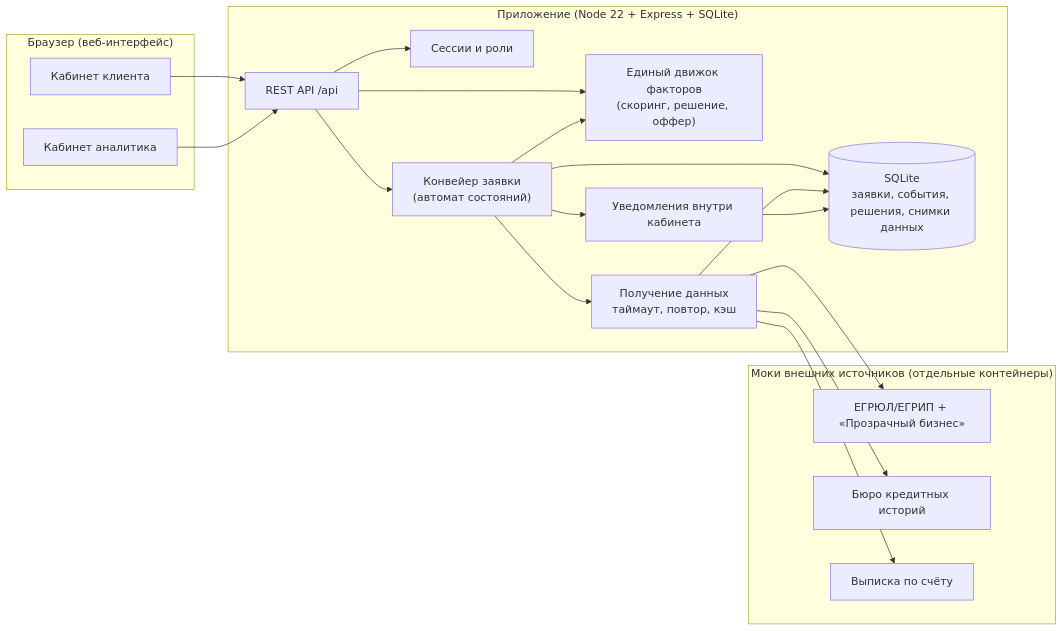
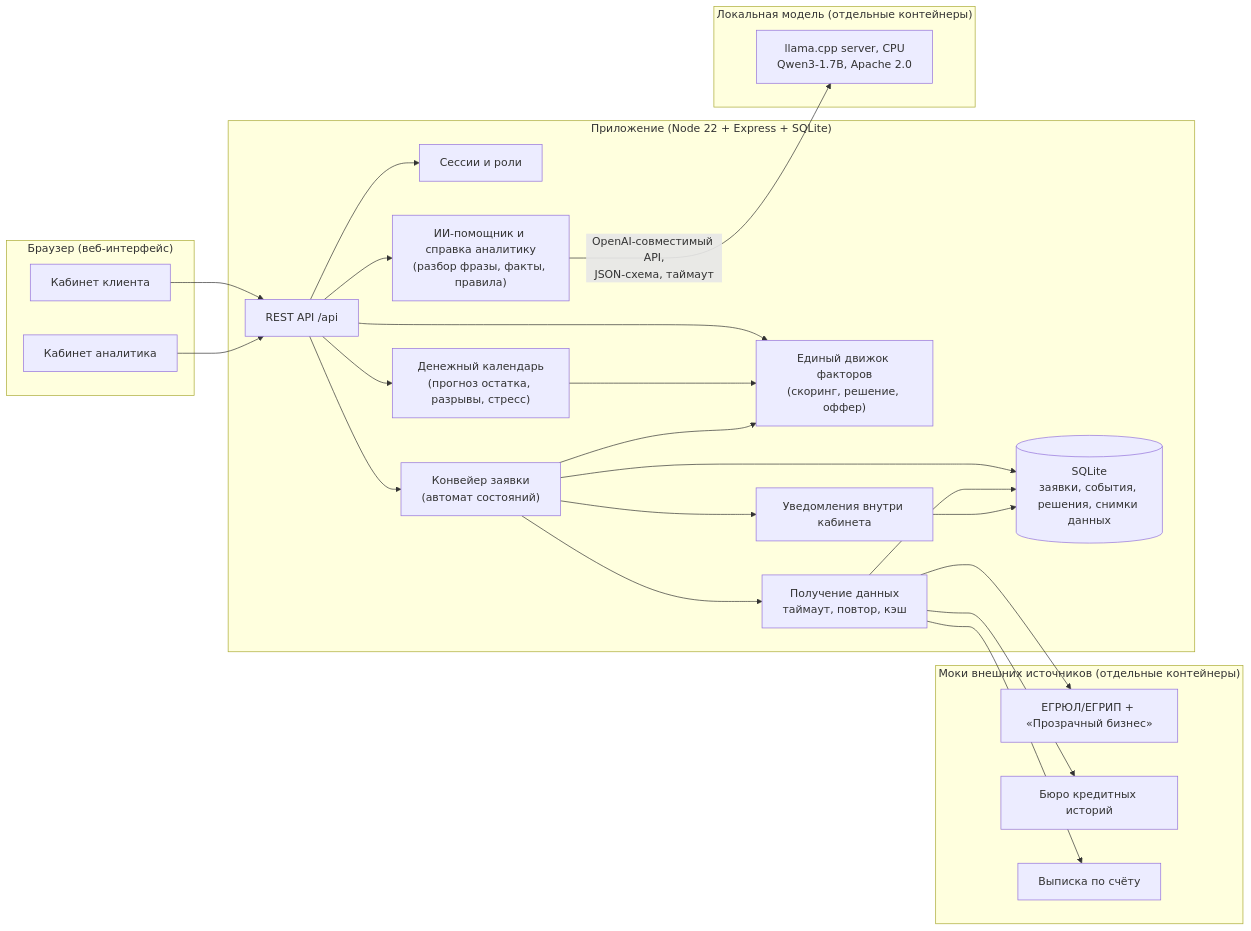
Before and after one commit to iamaworld/alfa-credit-cabinet: the diagram in docs/ARCHITECTURE.md, drawn with Mermaid. The commit also changed other lines of this file and 5 other files, not shown here.

Commit message:
docs: календарь, ИИ-помощник и справка аналитику в архитектуре, продукте, сценариях и коллекции запросов

````diff
--- a/docs/ARCHITECTURE.md
+++ b/docs/ARCHITECTURE.md
@@ -5,35 +5,44 @@
 ```mermaid
 flowchart LR
   subgraph Browser["Браузер (веб-интерфейс)"]
     C["Кабинет клиента"]
     A["Кабинет аналитика"]
   end
   subgraph App["Приложение (Node 22 + Express + SQLite)"]
     API["REST API /api"]
     AUTH["Сессии и роли"]
     PIPE["Конвейер заявки<br/>(автомат состояний)"]
     ENG["Единый движок факторов<br/>(скоринг, решение, оффер)"]
+    CAL["Денежный календарь<br/>(прогноз остатка, разрывы, стресс)"]
+    AI["ИИ-помощник и справка аналитику<br/>(разбор фразы, факты, правила)"]
     ENR["Получение данных<br/>таймаут, повтор, кэш"]
     NOTI["Уведомления внутри кабинета"]
     DB[("SQLite<br/>заявки, события, решения, снимки данных")]
+  end
+  subgraph LLM["Локальная модель (отдельные контейнеры)"]
+    LS["llama.cpp server, CPU<br/>Qwen3-1.7B, Apache 2.0"]
   end
   subgraph Mocks["Моки внешних источников (отдельные контейнеры)"]
     FNS["ЕГРЮЛ/ЕГРИП + «Прозрачный бизнес»"]
     BKI["Бюро кредитных историй"]
     STM["Выписка по счёту"]
   end
   C --> API
   A --> API
   API --> AUTH
   API --> PIPE
   API --> ENG
+  API --> CAL
+  API --> AI
+  AI -->|"OpenAI-совместимый API,<br/>JSON-схема, таймаут"| LS
+  CAL --> ENG
   PIPE --> ENR
   PIPE --> ENG
   PIPE --> NOTI
   ENR --> FNS
   ENR --> BKI
   ENR --> STM
   PIPE --> DB
   ENR --> DB
   NOTI --> DB
 ```
````
